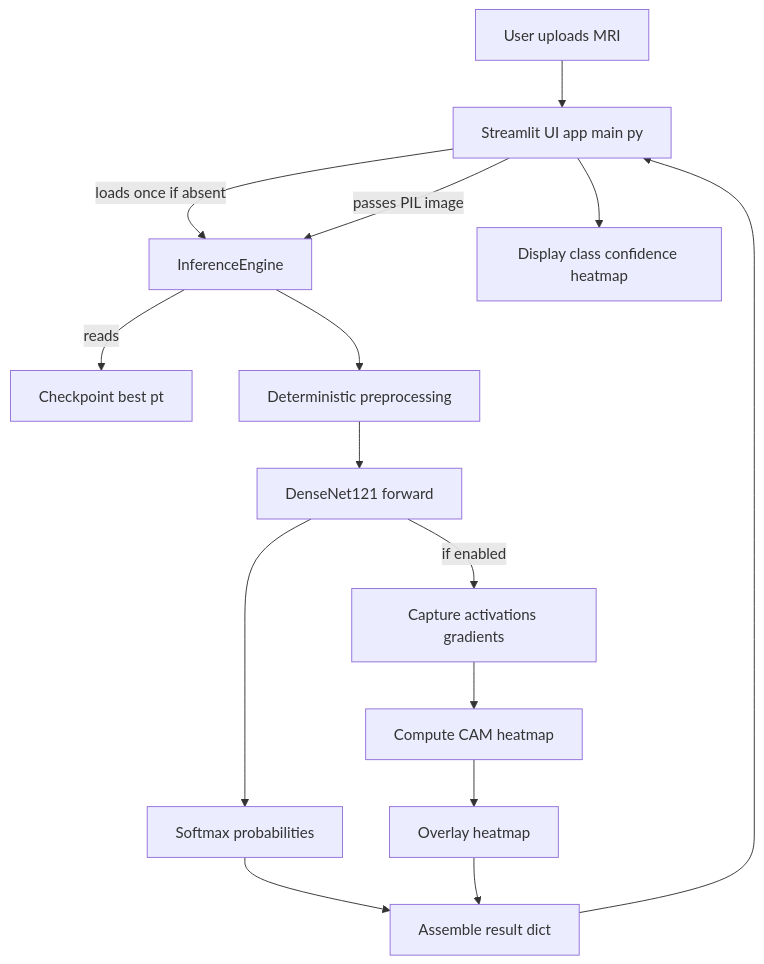
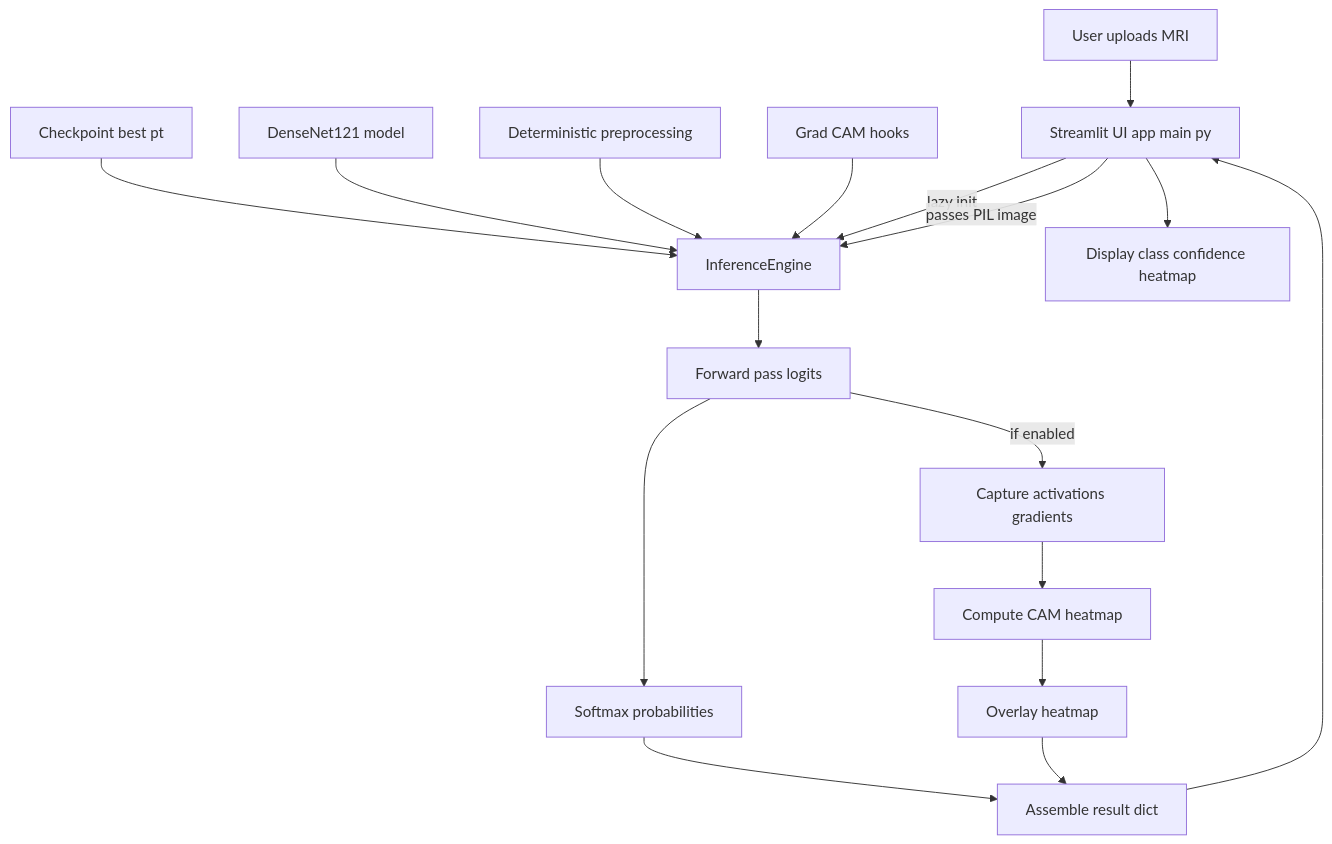
Before and after one commit to chempananickal/Tumor_Classifier: the second of 2 diagrams in docs/architecture.md, drawn with Mermaid. The commit also changed other lines of this file, not shown here.

Commit message:
docs: refine module dependency diagrams for clarity and accuracy

````diff
--- a/docs/architecture.md
+++ b/docs/architecture.md
@@ -53,17 +56,19 @@
 ```mermaid
 graph TD
   U[User uploads MRI] --> M[Streamlit UI app main py]
-  M -->|loads once if absent| IE[InferenceEngine]
-  IE -->|reads| CKPT[Checkpoint best pt]
+  CKPT[Checkpoint best pt] --> IE[InferenceEngine]
+  MOD[DenseNet121 model] --> IE
+  PREP[Deterministic preprocessing] --> IE
+  GC[Grad CAM hooks] --> IE
+  M -->|lazy init| IE
   M -->|passes PIL image| IE
-  IE --> PREP[Deterministic preprocessing]
-  PREP --> FWD[DenseNet121 forward]
+  IE --> FWD[Forward pass logits]
   FWD --> PROB[Softmax probabilities]
   FWD -->|if enabled| CAMHOOK[Capture activations gradients]
   CAMHOOK --> CAM[Compute CAM heatmap]
   CAM --> OVER[Overlay heatmap]
   PROB --> RES[Assemble result dict]
   OVER --> RES
   RES --> M
   M --> OUT[Display class confidence heatmap]
 ```
````
